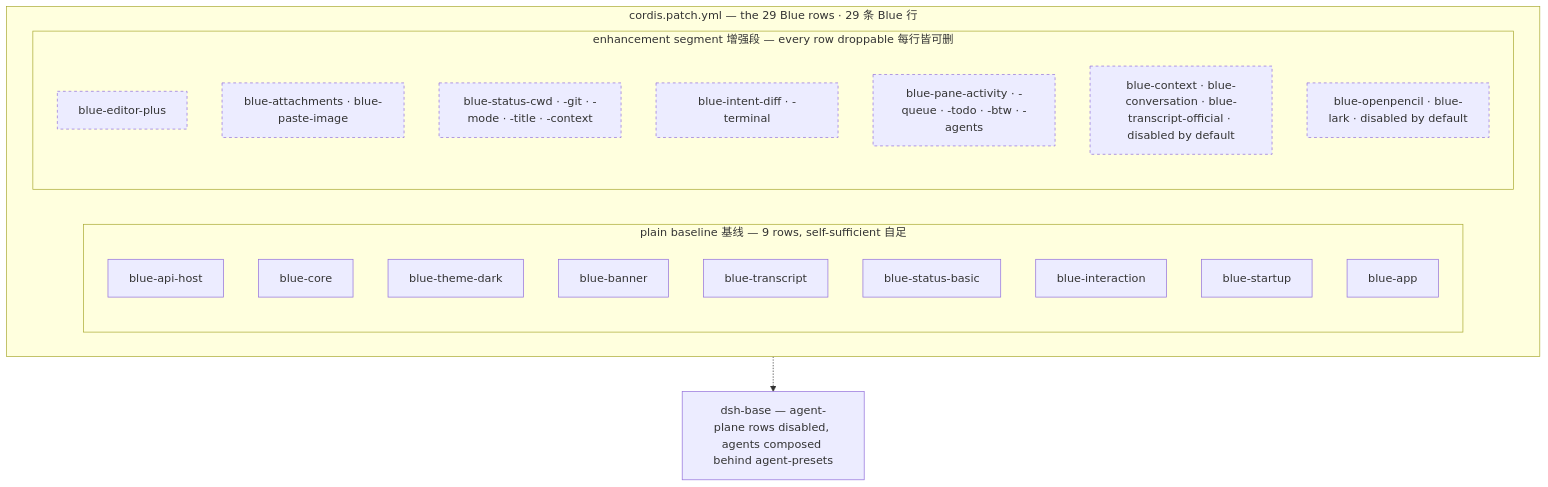
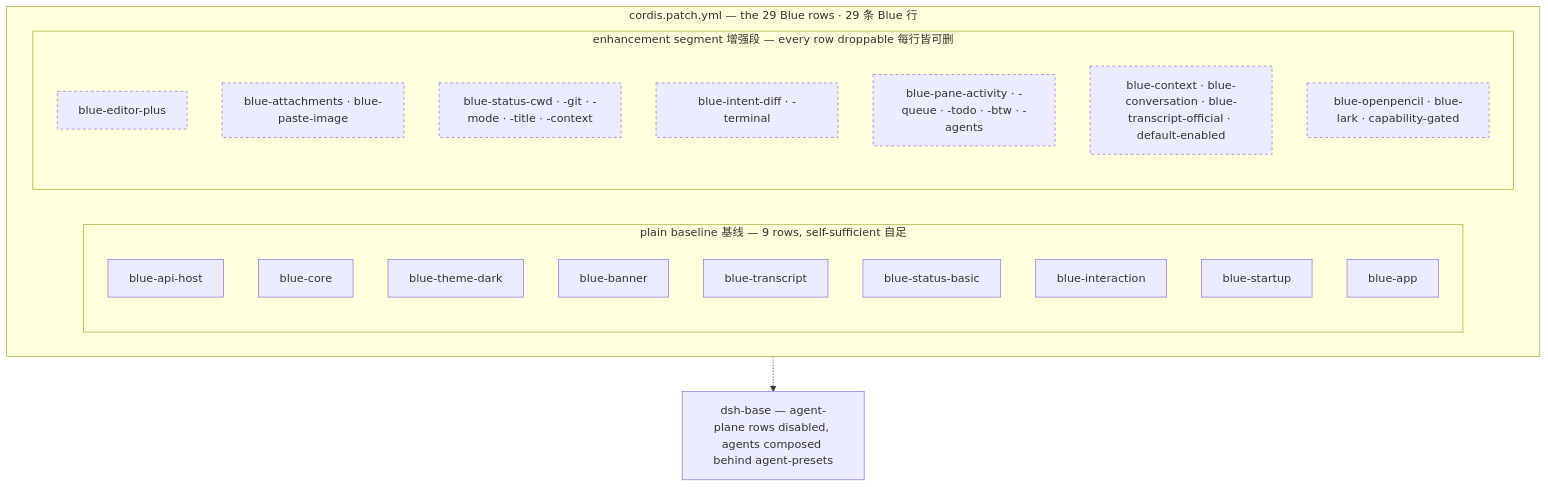
One commit to dsh-blue/blue changed the diagram in docs/diagrams/blue-composition.mmd. Above: the diagram before and after it, drawn with Mermaid. The commit also changed 23 other files, not shown here.

```diff
--- a/docs/diagrams/blue-composition.mmd
+++ b/docs/diagrams/blue-composition.mmd
@@ -1,28 +1,28 @@
 flowchart TB
     subgraph bundle["cordis.patch.yml — the 29 Blue rows · 29 条 Blue 行"]
         subgraph baseline["plain baseline 基线 — 9 rows, self-sufficient 自足"]
             api["blue-api-host"]
             core["blue-core"]
             theme["blue-theme-dark"]
             banner["blue-banner"]
             transcript["blue-transcript"]
             sbasic["blue-status-basic"]
             interaction["blue-interaction"]
             startup["blue-startup"]
             bapp["blue-app"]
         end
         subgraph enhancement["enhancement segment 增强段 — every row droppable 每行皆可删"]
             editorPlus["blue-editor-plus"]
             att["blue-attachments · blue-paste-image"]
             statusEnh["blue-status-cwd · -git · -mode · -title · -context"]
             intents["blue-intent-diff · -terminal"]
             panes["blue-pane-activity · -queue · -todo · -btw · -agents"]
-            runtime["blue-context · blue-conversation · blue-transcript-official · disabled by default"]
-            adapters["blue-openpencil · blue-lark · disabled by default"]
+            runtime["blue-context · blue-conversation · blue-transcript-official · default-enabled"]
+            adapters["blue-openpencil · blue-lark · capability-gated"]
         end
     end
     dshbase["dsh-base — agent-plane rows disabled, agents composed behind agent-presets"]
     bundle -.-> dshbase
 
     classDef optional stroke-dasharray: 4 4;
     class editorPlus,att,statusEnh,intents,panes,runtime,adapters optional;
```
